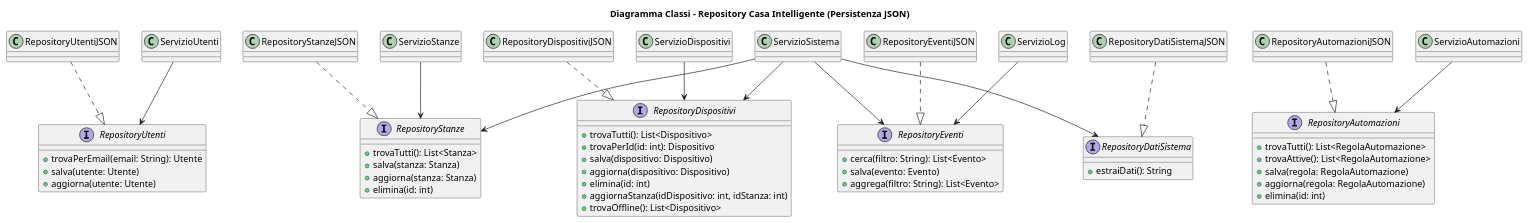
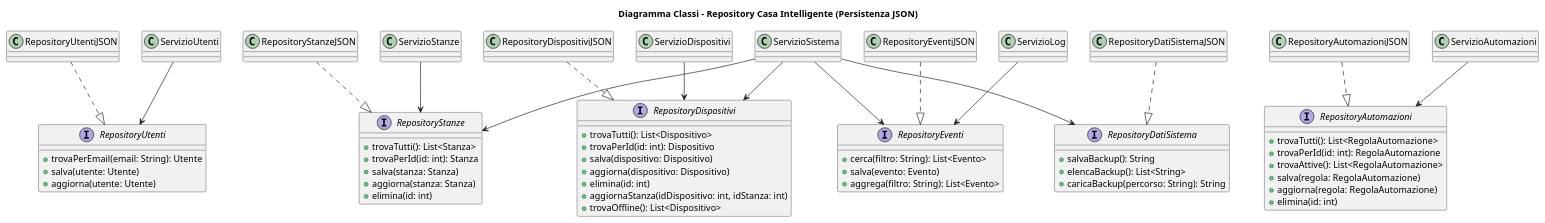
One commit to LapoCremonesi/ingegneria_del_software changed the diagram in diagramma_classi/classi_repository.puml. Above: the diagram before and after it, drawn with PlantUML. The commit also changed 57 other files, not shown here.

```diff
--- a/diagramma_classi/classi_repository.puml
+++ b/diagramma_classi/classi_repository.puml
@@ -1,81 +1,85 @@
 @startuml
 title Diagramma Classi - Repository Casa Intelligente (Persistenza JSON)
 
 interface RepositoryUtenti {
   +trovaPerEmail(email: String): Utente
   +salva(utente: Utente)
   +aggiorna(utente: Utente)
 }
 
 interface RepositoryStanze {
   +trovaTutti(): List<Stanza>
+  +trovaPerId(id: int): Stanza
   +salva(stanza: Stanza)
   +aggiorna(stanza: Stanza)
   +elimina(id: int)
 }
 
 interface RepositoryDispositivi {
   +trovaTutti(): List<Dispositivo>
   +trovaPerId(id: int): Dispositivo
   +salva(dispositivo: Dispositivo)
   +aggiorna(dispositivo: Dispositivo)
   +elimina(id: int)
   +aggiornaStanza(idDispositivo: int, idStanza: int)
   +trovaOffline(): List<Dispositivo>
 }
 
 interface RepositoryAutomazioni {
   +trovaTutti(): List<RegolaAutomazione>
+  +trovaPerId(id: int): RegolaAutomazione
   +trovaAttive(): List<RegolaAutomazione>
   +salva(regola: RegolaAutomazione)
   +aggiorna(regola: RegolaAutomazione)
   +elimina(id: int)
 }
 
 interface RepositoryEventi {
   +cerca(filtro: String): List<Evento>
   +salva(evento: Evento)
   +aggrega(filtro: String): List<Evento>
 }
 
 interface RepositoryDatiSistema {
-  +estraiDati(): String
+  +salvaBackup(): String
+  +elencaBackup(): List<String>
+  +caricaBackup(percorso: String): String
 }
 
 class RepositoryUtentiJSON {
 }
 class RepositoryStanzeJSON {
 }
 class RepositoryDispositiviJSON {
 }
 class RepositoryAutomazioniJSON {
 }
 class RepositoryEventiJSON {
 }
 class RepositoryDatiSistemaJSON {
 }
 
 RepositoryUtentiJSON ..|> RepositoryUtenti
 RepositoryStanzeJSON ..|> RepositoryStanze
 RepositoryDispositiviJSON ..|> RepositoryDispositivi
 RepositoryAutomazioniJSON ..|> RepositoryAutomazioni
 RepositoryEventiJSON ..|> RepositoryEventi
 RepositoryDatiSistemaJSON ..|> RepositoryDatiSistema
 
 class ServizioUtenti
 class ServizioStanze
 class ServizioDispositivi
 class ServizioAutomazioni
 class ServizioLog
 class ServizioSistema
 
 ServizioUtenti --> RepositoryUtenti
 ServizioStanze --> RepositoryStanze
 ServizioDispositivi --> RepositoryDispositivi
 ServizioAutomazioni --> RepositoryAutomazioni
 ServizioLog --> RepositoryEventi
 ServizioSistema --> RepositoryStanze
 ServizioSistema --> RepositoryDispositivi
 ServizioSistema --> RepositoryEventi
 ServizioSistema --> RepositoryDatiSistema
 @enduml
```
